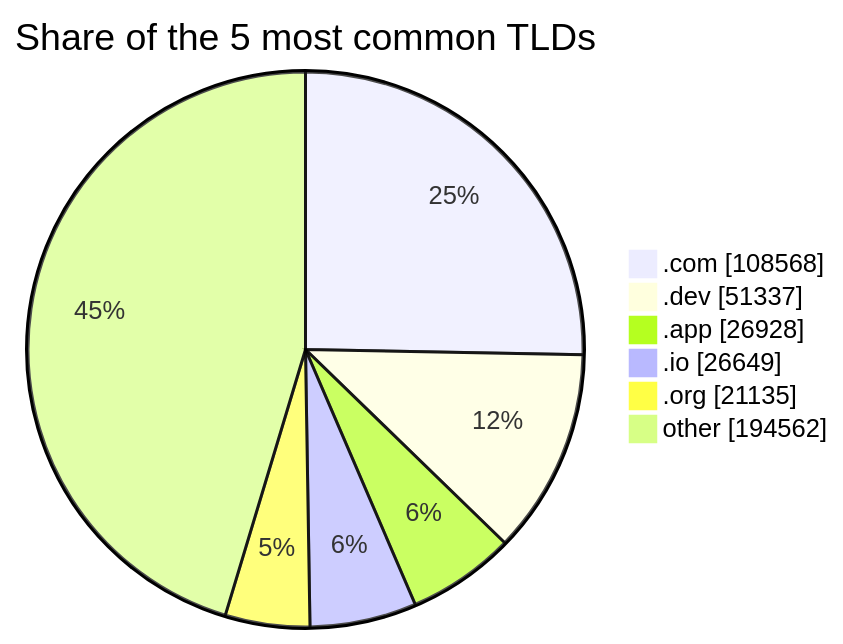
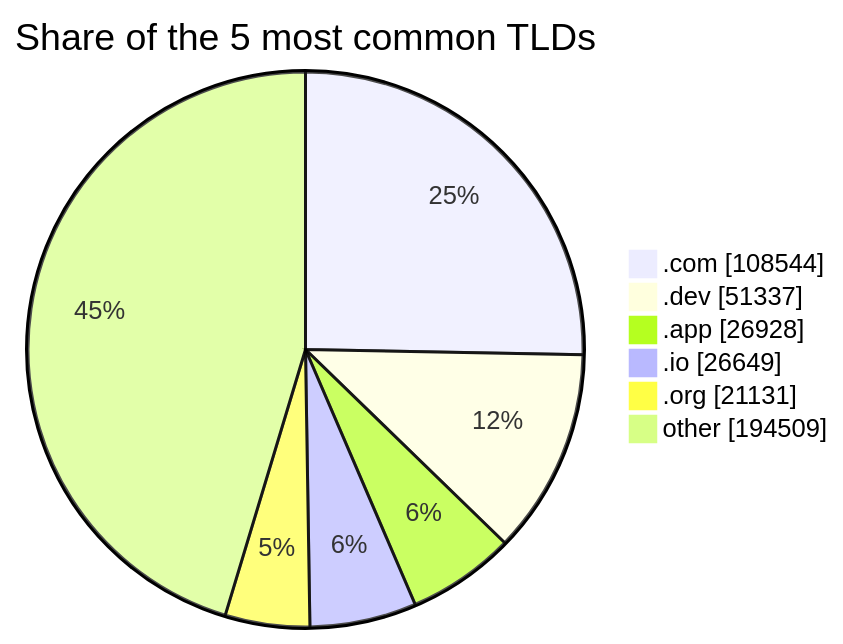
One commit to DNSBunker/CTI changed the third of 3 diagrams in README.md. Above: the diagram before and after it, drawn with Mermaid. The commit also changed other lines of this file and 3 other files, not shown here.

````diff
--- a/README.md
+++ b/README.md
@@ -81,9 +81,9 @@
 ```mermaid
 pie showData title Share of the 5 most common TLDs
-    ".com" : 108568
+    ".com" : 108544
     ".dev" : 51337
     ".app" : 26928
     ".io" : 26649
-    ".org" : 21135
-    "other" : 194562
+    ".org" : 21131
+    "other" : 194509
 ```
````
